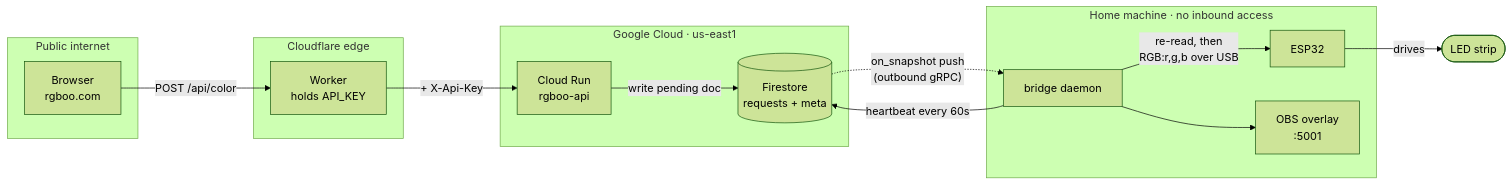
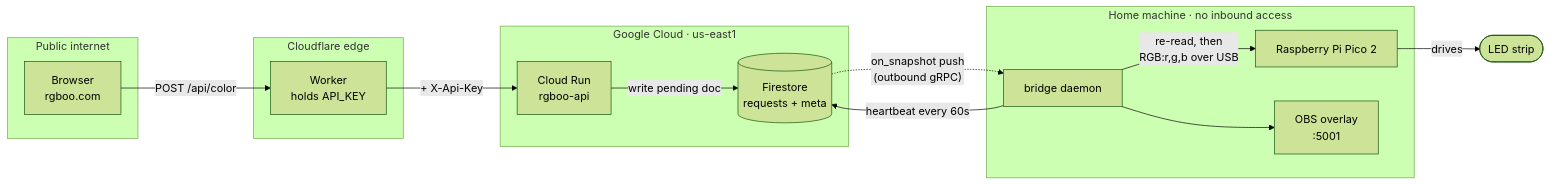
The first of 3 diagrams in docs/architecture.md (nrodd/rgboo), drawn with Mermaid (forest theme) before and after one commit. The commit also changed other lines of this file and 14 other files, not shown here.

Commit message:
Update bridge for Raspberry Pi Pico 2

````diff
--- a/docs/architecture.md
+++ b/docs/architecture.md
@@ -37,30 +37,30 @@
 ```mermaid
 flowchart LR
   subgraph browser["Public internet"]
     B["Browser<br/>rgboo.com"]
   end
 
   subgraph cf["Cloudflare edge"]
     W["Worker<br/>holds API_KEY"]
   end
 
   subgraph gcp["Google Cloud · us-east1"]
     A["Cloud Run<br/>rgboo-api"]
     FS[("Firestore<br/>requests + meta")]
   end
 
   subgraph home["Home machine · no inbound access"]
     BR["bridge daemon"]
-    E["ESP32"]
+    E["Raspberry Pi Pico 2"]
     O["OBS overlay<br/>:5001"]
   end
 
   B -->|"POST /api/color"| W
   W -->|"+ X-Api-Key"| A
   A -->|"write pending doc"| FS
   FS -.->|"on_snapshot push<br/>(outbound gRPC)"| BR
   BR -->|"re-read, then<br/>RGB:r,g,b over USB"| E
   BR -->|"heartbeat every 60s"| FS
   BR --> O
   E -->|"drives"| LEDS(["LED strip"])
 ```
````
